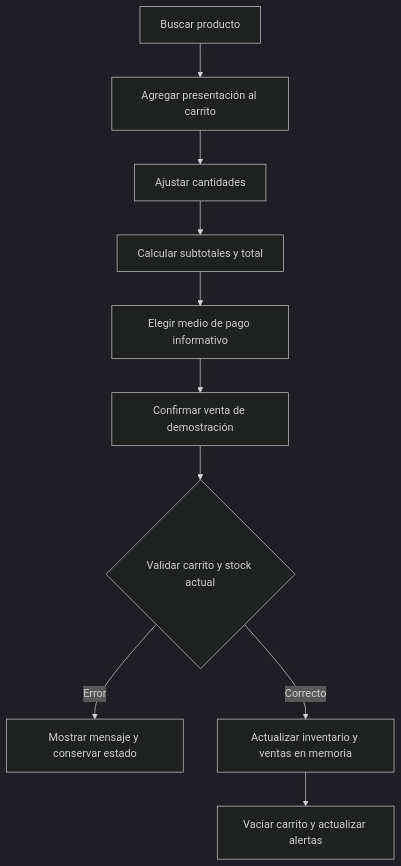
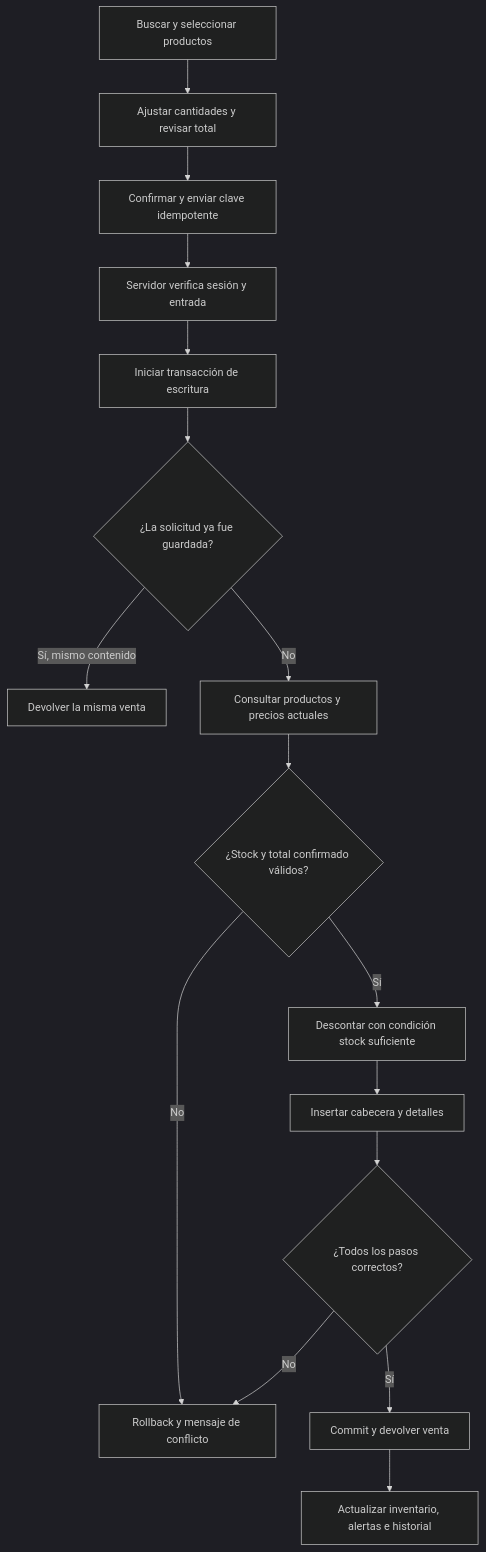
Before and after one commit to sevenxfake-cmyk/NovaSalud: the third of 3 diagrams in docs/SENATI.md, drawn with Mermaid (dark theme). The commit also changed other lines of this file and 40 other files, not shown here.

````diff
--- a/docs/SENATI.md
+++ b/docs/SENATI.md
@@ -116,12 +110,18 @@
 ```mermaid
 flowchart TD
-  A[Buscar producto] --> B[Agregar presentación al carrito]
-  B --> C[Ajustar cantidades]
-  C --> D[Calcular subtotales y total]
-  D --> E[Elegir medio de pago informativo]
-  E --> F[Confirmar venta de demostración]
-  F --> G{Validar carrito y stock actual}
-  G -->|Error| H[Mostrar mensaje y conservar estado]
-  G -->|Correcto| I[Actualizar inventario y ventas en memoria]
-  I --> J[Vaciar carrito y actualizar alertas]
+  A[Buscar y seleccionar productos] --> B[Ajustar cantidades y revisar total]
+  B --> C[Confirmar y enviar clave idempotente]
+  C --> D[Servidor verifica sesión y entrada]
+  D --> E[Iniciar transacción de escritura]
+  E --> F{¿La solicitud ya fue guardada?}
+  F -->|Sí, mismo contenido| G[Devolver la misma venta]
+  F -->|No| H[Consultar productos y precios actuales]
+  H --> I{¿Stock y total confirmado válidos?}
+  I -->|No| J[Rollback y mensaje de conflicto]
+  I -->|Sí| K[Descontar con condición stock suficiente]
+  K --> L[Insertar cabecera y detalles]
+  L --> M{¿Todos los pasos correctos?}
+  M -->|No| J
+  M -->|Sí| N[Commit y devolver venta]
+  N --> O[Actualizar inventario, alertas e historial]
 ```
````
